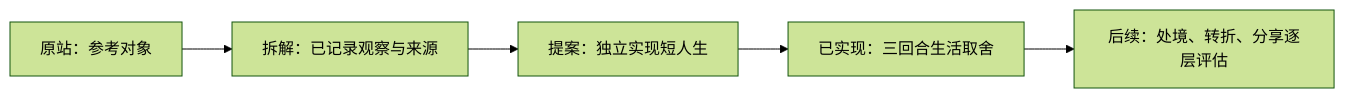
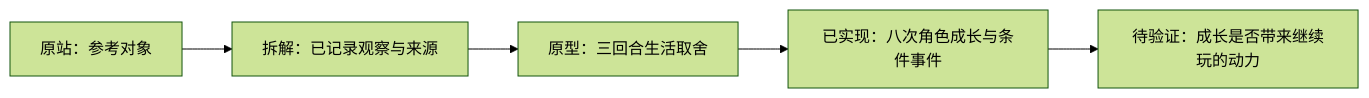
One commit to yuki-uix/life-sim-product-study changed the diagram in README.md. Above: the diagram before and after it, drawn with Mermaid (forest theme). The commit also changed other lines of this file and 12 other files, not shown here.

````diff
--- a/README.md
+++ b/README.md
@@ -22,7 +23,7 @@
 ```mermaid
 flowchart LR
     A[原站：参考对象] --> B[拆解：已记录观察与来源]
-    B --> C[提案：独立实现短人生]
-    C --> D[已实现：三回合生活取舍]
-    D --> E[后续：处境、转折、分享逐层评估]
+    B --> C[原型：三回合生活取舍]
+    C --> D[已实现：八次角色成长与条件事件]
+    D --> E[待验证：成长是否带来继续玩的动力]
 ```
````
